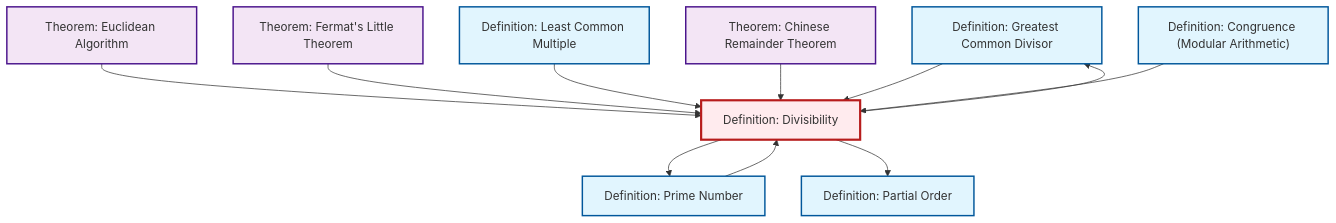
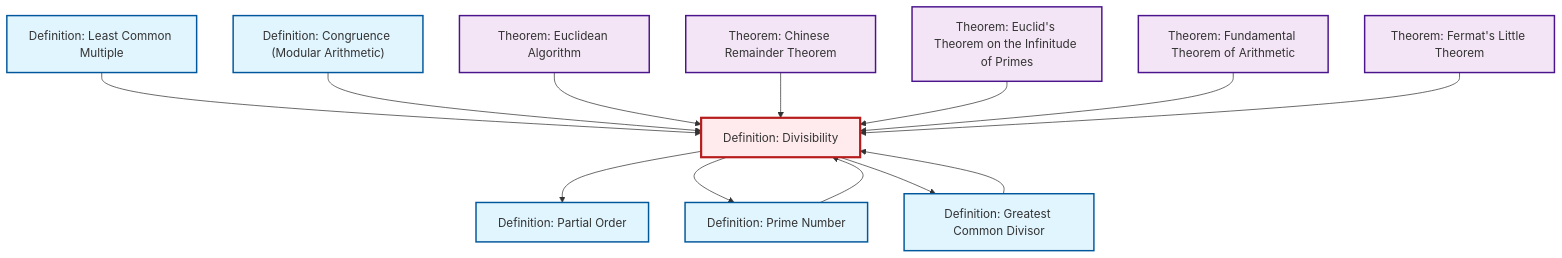
The diagram in content/ja/number-theory/def-divisibility.qmd (RK0429/ModernMath), drawn with Mermaid before and after one commit. The commit also changed 654 other files, not shown here.

````diff
--- a/content/ja/number-theory/def-divisibility.qmd
+++ b/content/ja/number-theory/def-divisibility.qmd
@@ -98,37 +98,43 @@
 ```{mermaid}
 %%| fig-cap: "Local dependency graph"
 graph TD
     classDef definition fill:#e1f5fe,stroke:#01579b,stroke-width:2px
     classDef theorem fill:#f3e5f5,stroke:#4a148c,stroke-width:2px
     classDef axiom fill:#fff3e0,stroke:#e65100,stroke-width:2px
     classDef example fill:#e8f5e9,stroke:#1b5e20,stroke-width:2px
     classDef current fill:#ffebee,stroke:#b71c1c,stroke-width:3px
+    thm-chinese-remainder["Theorem: Chinese Remainder Theorem"]:::theorem
+    thm-fermat-little["Theorem: Fermat's Little Theorem"]:::theorem
+    thm-euclidean-algorithm["Theorem: Euclidean Algorithm"]:::theorem
     def-gcd["Definition: Greatest Common Divisor"]:::definition
-    thm-fermat-little["Theorem: Fermat's Little Theorem"]:::theorem
+    def-divisibility["Definition: Divisibility"]:::definition
+    thm-fundamental-arithmetic["Theorem: Fundamental Theorem of Arithmetic"]:::theorem
+    thm-euclid-infinitude-primes["Theorem: Euclid's Theorem on the Infinitude of Primes"]:::theorem
     def-lcm["Definition: Least Common Multiple"]:::definition
     def-partial-order["Definition: Partial Order"]:::definition
+    def-prime["Definition: Prime Number"]:::definition
     def-congruence["Definition: Congruence (Modular Arithmetic)"]:::definition
-    def-divisibility["Definition: Divisibility"]:::definition
-    thm-chinese-remainder["Theorem: Chinese Remainder Theorem"]:::theorem
-    def-prime["Definition: Prime Number"]:::definition
-    thm-euclidean-algorithm["Theorem: Euclidean Algorithm"]:::theorem
+    def-gcd --> def-divisibility
+    def-divisibility --> def-partial-order
+    def-lcm --> def-divisibility
+    def-congruence --> def-divisibility
+    thm-euclidean-algorithm --> def-divisibility
+    def-prime --> def-divisibility
     def-divisibility --> def-prime
-    thm-euclidean-algorithm --> def-divisibility
+    thm-chinese-remainder --> def-divisibility
+    thm-euclid-infinitude-primes --> def-divisibility
+    thm-fundamental-arithmetic --> def-divisibility
     thm-fermat-little --> def-divisibility
     def-divisibility --> def-gcd
-    def-lcm --> def-divisibility
-    thm-chinese-remainder --> def-divisibility
-    def-gcd --> def-divisibility
-    def-divisibility --> def-partial-order
-    def-prime --> def-divisibility
-    def-congruence --> def-divisibility
     class def-divisibility current
+    click thm-chinese-remainder "thm-chinese-remainder.html" "Theorem: Chinese Remainder Theoremへ"
+    click thm-fermat-little "thm-fermat-little.html" "Theorem: Fermat's Little Theoremへ"
+    click thm-euclidean-algorithm "thm-euclidean-algorithm.html" "Theorem: Euclidean Algorithmへ"
     click def-gcd "def-gcd.html" "Definition: Greatest Common Divisorへ"
-    click thm-fermat-little "thm-fermat-little.html" "Theorem: Fermat's Little Theoremへ"
+    click thm-fundamental-arithmetic "thm-fundamental-arithmetic.html" "Theorem: Fundamental Theorem of Arithmeticへ"
+    click thm-euclid-infinitude-primes "thm-euclid-infinitude-primes.html" "Theorem: Euclid's Theorem on the Infinitude of Primesへ"
     click def-lcm "def-lcm.html" "Definition: Least Common Multipleへ"
     click def-partial-order "def-partial-order.html" "Definition: Partial Orderへ"
+    click def-prime "def-prime.html" "Definition: Prime Numberへ"
     click def-congruence "def-congruence.html" "Definition: Congruence (Modular Arithmetic)へ"
-    click thm-chinese-remainder "thm-chinese-remainder.html" "Theorem: Chinese Remainder Theoremへ"
-    click def-prime "def-prime.html" "Definition: Prime Numberへ"
-    click thm-euclidean-algorithm "thm-euclidean-algorithm.html" "Theorem: Euclidean Algorithmへ"
 ```
````
